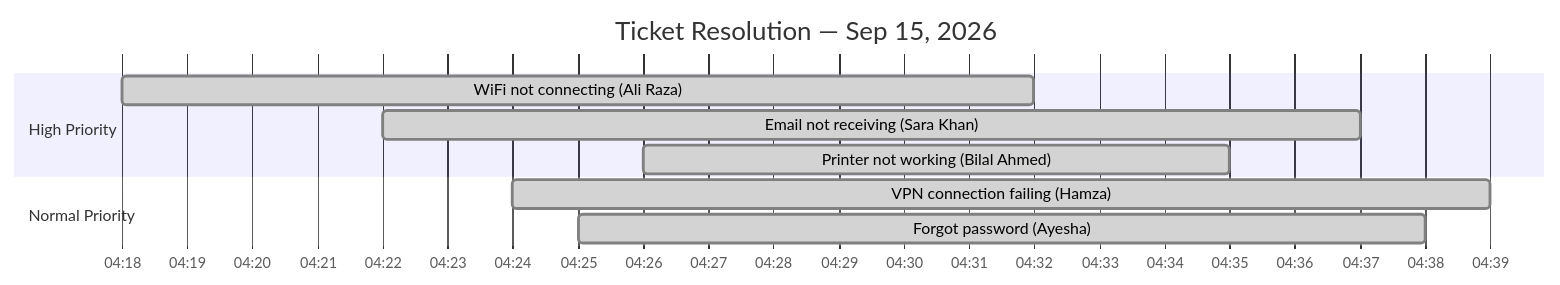
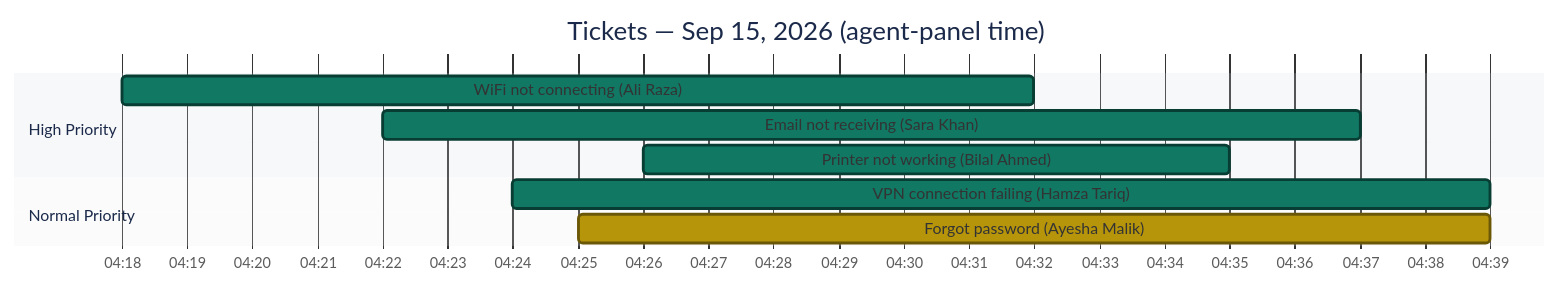
The fourth of 4 diagrams in project-2-osticket-helpdesk-deployment/README.md (malaika-azhar/Real-World-Tier2-Support-Projects), drawn with Mermaid before and after one commit. The commit also changed other lines of this file, not shown here.

````diff
--- a/project-2-osticket-helpdesk-deployment/README.md
+++ b/project-2-osticket-helpdesk-deployment/README.md
@@ -78,13 +484,21 @@
 ```mermaid
+%%{init: { 'theme': 'base', 'themeVariables': {
+  'activeTaskBkgColor':'#B7950B', 'activeTaskBorderColor':'#6B5807',
+  'doneTaskBkgColor':'#117864', 'doneTaskBorderColor':'#083D33',
+  'sectionBkgColor':'#D6DBDF', 'altSectionBkgColor':'#EAECEE',
+  'taskTextColor':'#FFFFFF', 'taskTextOutsideColor':'#1B2631',
+  'taskTextLightColor':'#FFFFFF',
+  'titleColor':'#1B2A4A', 'fontSize':'16px'
+}}}%%
 gantt
-    title Ticket Resolution — Sep 15, 2026
+    title Tickets — Sep 15, 2026 (agent-panel time)
     dateFormat HH:mm
     axisFormat %H:%M
     section High Priority
-    WiFi not connecting (Ali Raza)      :done, 04:18, 14m
-    Email not receiving (Sara Khan)     :done, 04:22, 15m
-    Printer not working (Bilal Ahmed)   :done, 04:26, 9m
+    WiFi not connecting (Ali Raza)        :done, 04:18, 14m
+    Email not receiving (Sara Khan)       :done, 04:22, 15m
+    Printer not working (Bilal Ahmed)     :done, 04:26, 9m
     section Normal Priority
-    VPN connection failing (Hamza)      :done, 04:24, 15m
-    Forgot password (Ayesha)            :done, 04:25, 13m
+    VPN connection failing (Hamza Tariq)  :done, 04:24, 15m
+    Forgot password (Ayesha Malik)        :active, 04:25, 14m
 ```
````
